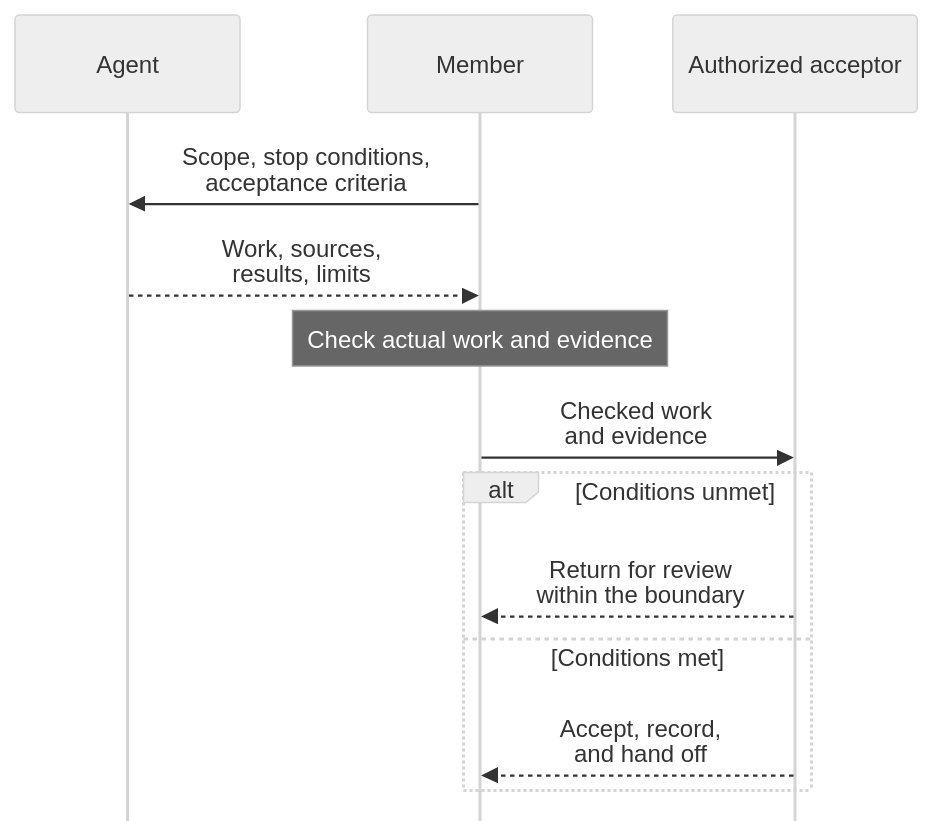
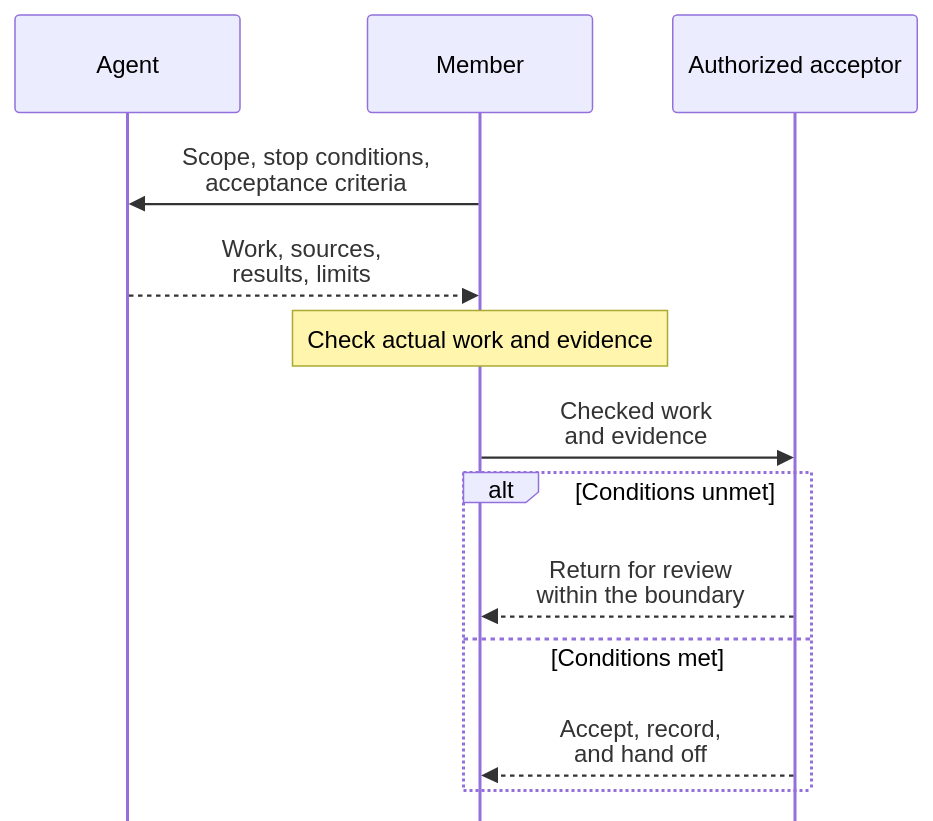
Before and after one commit to HengYangDS/data-department-work-guidelines: the diagram in docs/human-agent.md, drawn with Mermaid. The commit also changed 1 other file, not shown here.

Commit message:
fix(docs): inherit the reader host diagram theme

````diff
--- a/docs/human-agent.md
+++ b/docs/human-agent.md
@@ -83,23 +83,22 @@
 ```mermaid
 ---
 config:
-  theme: neutral
   sequence:
     mirrorActors: false
 ---
 sequenceDiagram
     accTitle: Delegation, evidence, and authorized acceptance
     accDescr: A member sets the delegation boundary. An Agent returns work and evidence. The member checks the actual work and evidence before submitting them to an authorized acceptor. If conditions are unmet, the work returns for review within the delegation boundary. If conditions are met, the acceptor accepts the work, records acceptance, and hands off the result. Participants represent roles, not necessarily different people. People retain authority and responsibility; acceptance never expands permission.
     participant Agent
     participant Member
     participant Acceptor as Authorized acceptor
     Member->>Agent: Scope, stop conditions,<br/>acceptance criteria
     Agent-->>Member: Work, sources,<br/>results, limits
     Note over Member: Check actual work and evidence
     Member->>Acceptor: Checked work<br/>and evidence
     alt Conditions unmet
         Acceptor-->>Member: Return for review<br/>within the boundary
     else Conditions met
         Acceptor-->>Member: Accept, record,<br/>and hand off
     end
 ```
````
